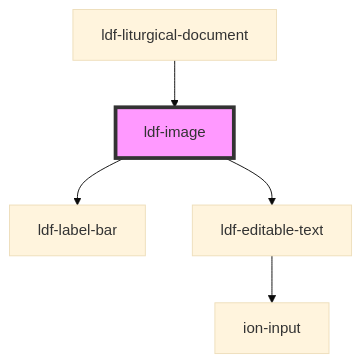
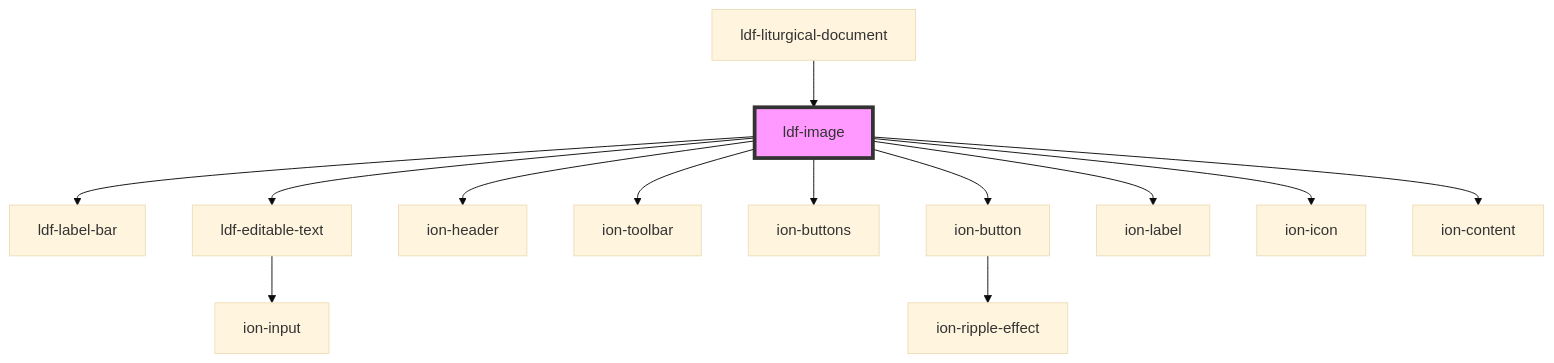
Before and after one commit to gbj/venite: the diagram in components/src/components/image/readme.md, drawn with Mermaid (base theme). The commit also changed other lines of this file and 100 other files, not shown here.

````diff
--- a/components/src/components/image/readme.md
+++ b/components/src/components/image/readme.md
@@ -29,8 +37,16 @@
 ```mermaid
 graph TD;
   ldf-image --> ldf-label-bar
   ldf-image --> ldf-editable-text
+  ldf-image --> ion-header
+  ldf-image --> ion-toolbar
+  ldf-image --> ion-buttons
+  ldf-image --> ion-button
+  ldf-image --> ion-label
+  ldf-image --> ion-icon
+  ldf-image --> ion-content
   ldf-editable-text --> ion-input
+  ion-button --> ion-ripple-effect
   ldf-liturgical-document --> ldf-image
   style ldf-image fill:#f9f,stroke:#333,stroke-width:4px
 ```
````
